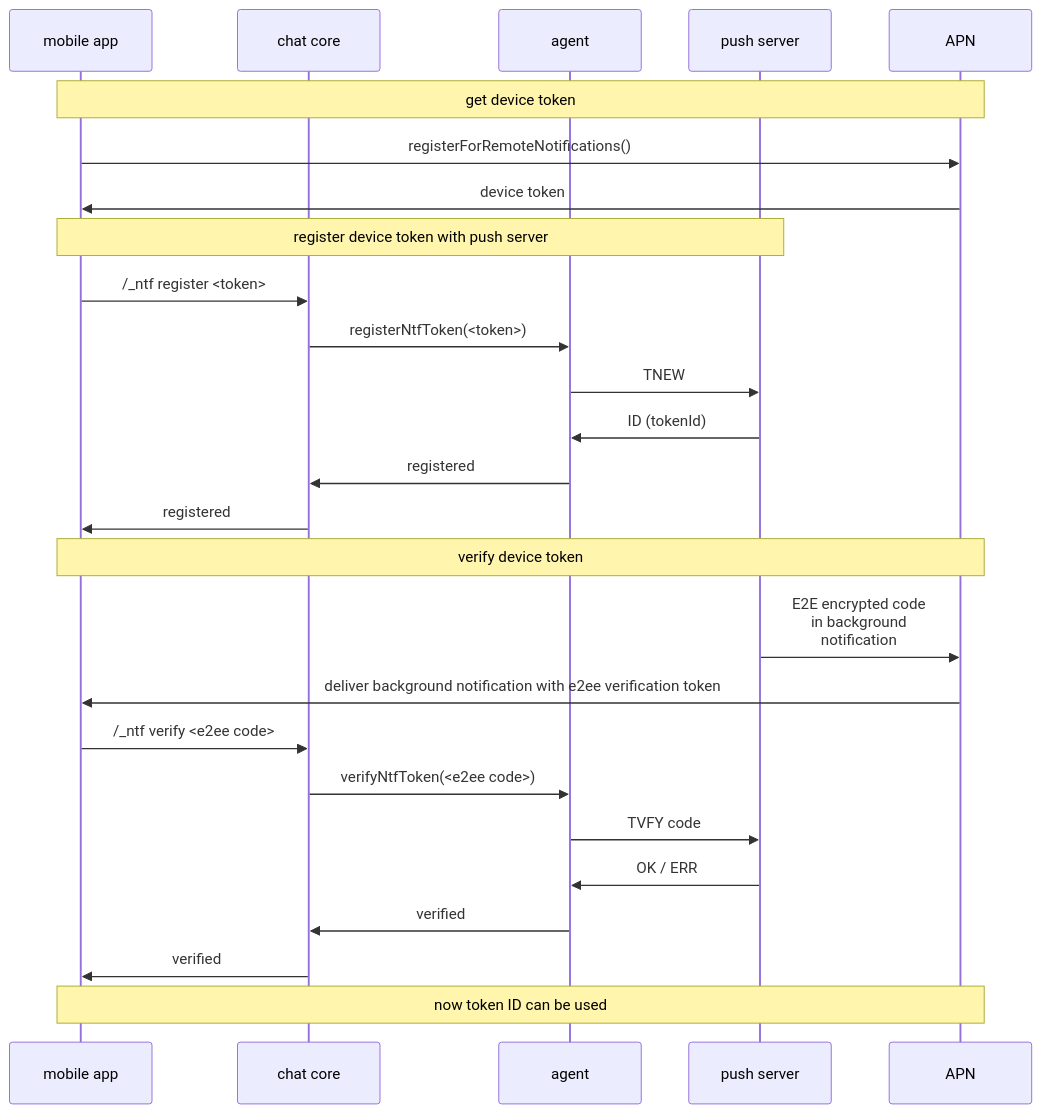
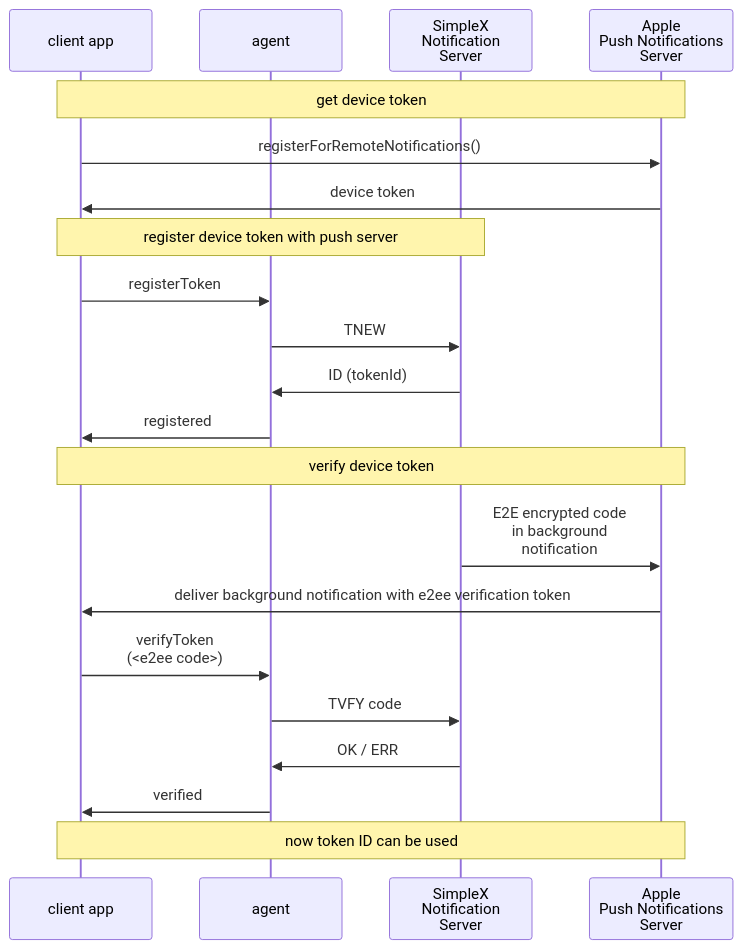
One commit to simplex-chat/simplexmq changed the diagram in protocol/diagrams/notifications/register-token.mmd. Above: the diagram before and after it, drawn with Mermaid. The commit also changed other lines of this file and 7 other files, not shown here.

Commit message:
push notifications specification

```diff
--- a/protocol/diagrams/notifications/register-token.mmd
+++ b/protocol/diagrams/notifications/register-token.mmd
@@ -1,30 +1,25 @@
 sequenceDiagram
-  participant M as mobile app
-  participant C as chat core
+  participant C as client app
   participant A as agent
-  participant P as push server
-  participant APN as APN
+  participant P as SimpleX<br>Notification<br>Server
+  participant APN as Apple<br>Push Notifications<br>Server
 
-  note over M, APN: get device token
-  M ->> APN: registerForRemoteNotifications()
-  APN ->> M: device token
+  note over C, APN: get device token
+  C ->> APN: registerForRemoteNotifications()
+  APN ->> C: device token
 
-  note over M, P: register device token with push server
-  M ->> C: /_ntf register <token>
-  C ->> A: registerNtfToken(<token>)
+  note over C, P: register device token with push server
+  C ->> A: registerToken
   A ->> P: TNEW
   P ->> A: ID (tokenId)
   A ->> C: registered
-  C ->> M: registered
 
-  note over M, APN: verify device token
+  note over C, APN: verify device token
   P ->> APN: E2E encrypted code<br>in background<br>notification
-  APN ->> M: deliver background notification with e2ee verification token
-  M ->> C: /_ntf verify <e2ee code>
-  C ->> A: verifyNtfToken(<e2ee code>)
+  APN ->> C: deliver background notification with e2ee verification token
+  C ->> A: verifyToken<br>(<e2ee code>)
   A ->> P: TVFY code
   P ->> A: OK / ERR
   A ->> C: verified
-  C ->> M: verified
 
-  note over M, APN: now token ID can be used
+  note over C, APN: now token ID can be used
```
